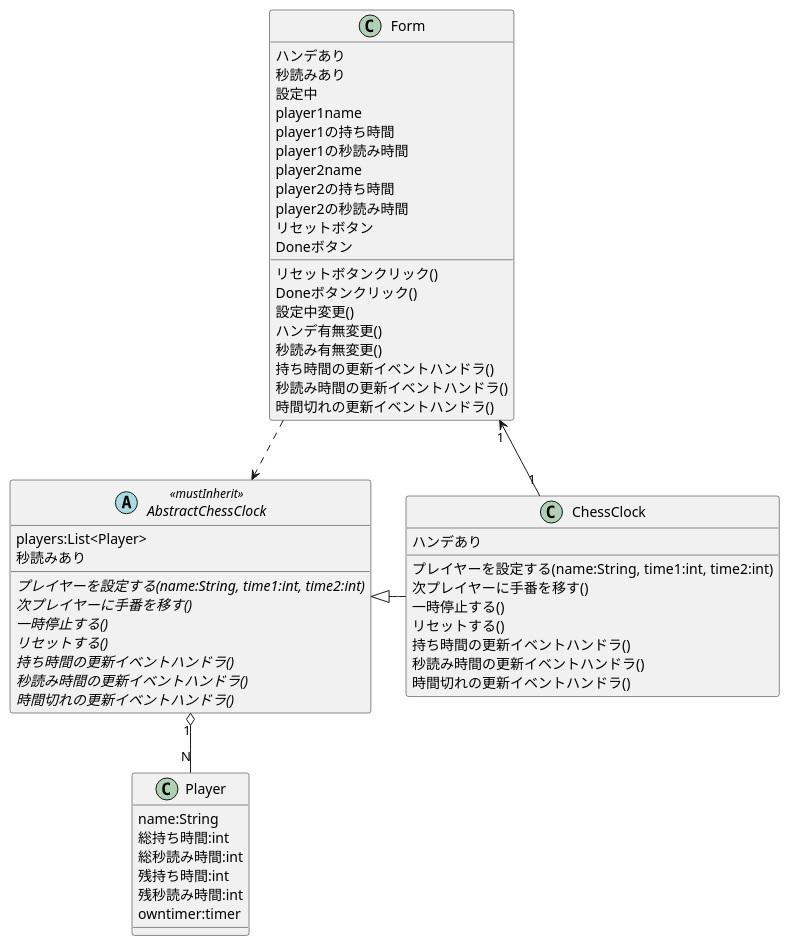
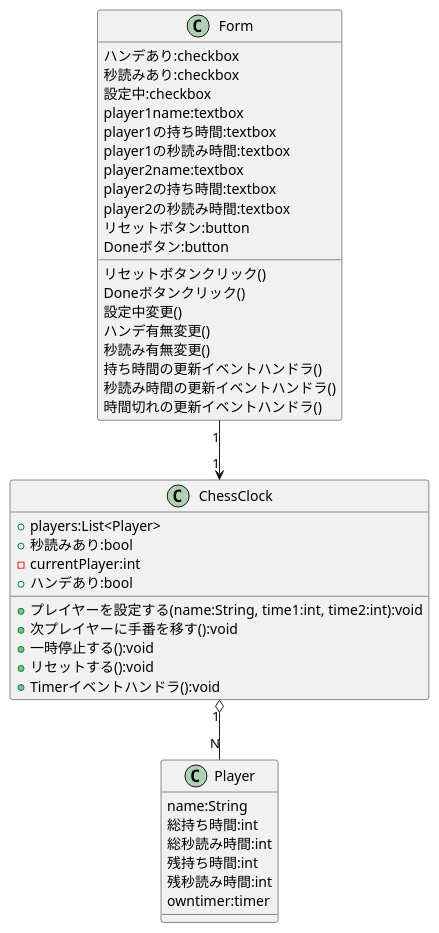
The diagram in docs/07_Class.md (hiratashinnya/ChessClock), drawn with PlantUML before and after one commit.

Commit message:
Class図の変更
不要な抽象クラスを削除
不要なイベントハンドラを削除
アクセス修飾子と型を追加

````diff
--- a/docs/07_Class.md
+++ b/docs/07_Class.md
@@ -10,63 +10,51 @@
 ```plantuml
 @startuml
 skinparam groupInheritance 3
 
 class Form{
-  ハンデあり
-  秒読みあり
-  設定中
-  player1name
-  player1の持ち時間
-  player1の秒読み時間
-  player2name
-  player2の持ち時間
-  player2の秒読み時間
-  リセットボタン
-  Doneボタン
+  ハンデあり:checkbox
+  秒読みあり:checkbox
+  設定中:checkbox
+  player1name:textbox
+  player1の持ち時間:textbox
+  player1の秒読み時間:textbox
+  player2name:textbox
+  player2の持ち時間:textbox
+  player2の秒読み時間:textbox
+  リセットボタン:button
+  Doneボタン:button
   リセットボタンクリック()
   Doneボタンクリック()
   設定中変更()
   ハンデ有無変更()
   秒読み有無変更()
   持ち時間の更新イベントハンドラ()
   秒読み時間の更新イベントハンドラ()
   時間切れの更新イベントハンドラ()
 }
-Abstract AbstractChessClock<<mustInherit>>{
-  players:List<Player>
-  秒読みあり
-  {abstract}プレイヤーを設定する(name:String, time1:int, time2:int)
-  {abstract}次プレイヤーに手番を移す()
-  {abstract}一時停止する()
-  {abstract}リセットする()
-  {abstract}持ち時間の更新イベントハンドラ()
-  {abstract}秒読み時間の更新イベントハンドラ()
-  {abstract}時間切れの更新イベントハンドラ()
-}
 
 class ChessClock{
-  ハンデあり
-  プレイヤーを設定する(name:String, time1:int, time2:int)
-  次プレイヤーに手番を移す()
-  一時停止する()
-  リセットする()
-  持ち時間の更新イベントハンドラ()
-  秒読み時間の更新イベントハンドラ()
-  時間切れの更新イベントハンドラ()
+  +players:List<Player>
+  +秒読みあり:bool
+  -currentPlayer:int
+  +ハンデあり:bool
+  +プレイヤーを設定する(name:String, time1:int, time2:int):void
+  +次プレイヤーに手番を移す():void
+  +一時停止する():void
+  +リセットする():void
+  +Timerイベントハンドラ():void
 }
 
 class Player{
   name:String
   総持ち時間:int
   総秒読み時間:int
   残持ち時間:int
   残秒読み時間:int
   owntimer:timer
 }
 
-Form "1" <-- "1" ChessClock
-Form ..> AbstractChessClock
-AbstractChessClock <|- ChessClock
-AbstractChessClock "1" o-- "N" Player
+Form "1" --> "1" ChessClock
+ChessClock "1" o-- "N" Player
 @enduml
 ```
````
